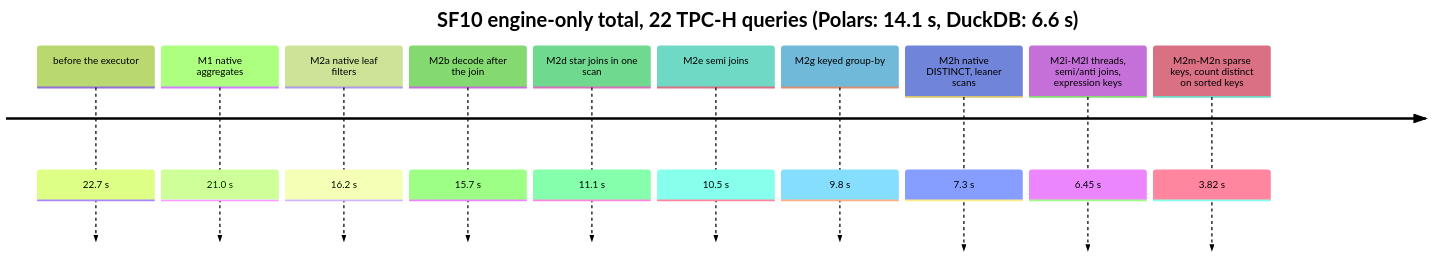
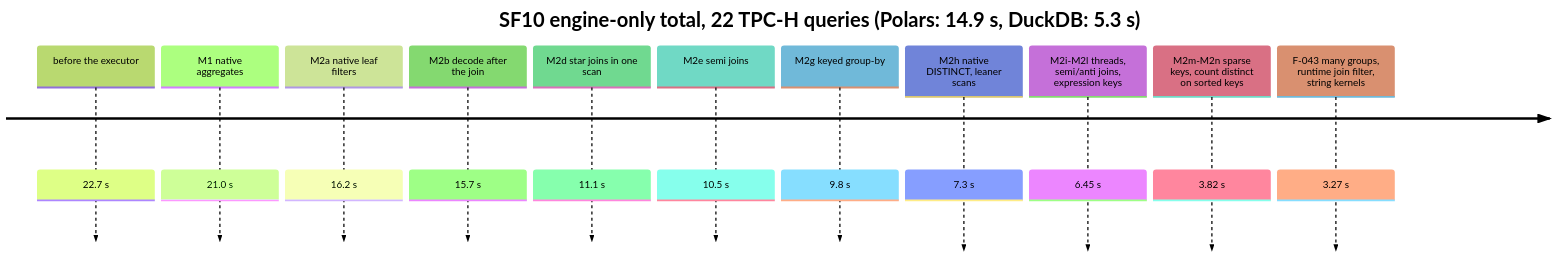
Before and after one commit to abhisheksreesaila/mxframe: the second of 5 diagrams in docs/optimizations.md, drawn with Mermaid (forest theme). The commit also changed other lines of this file and 6 other files, not shown here.

Commit message:
F-039: publish the honest scoreboard: DuckDB staged without its pyarrow import, MXFrame's lower TPC-H total credited to Q21 (DuckDB lower without it), shuffled-rows totals, random-query results for all three runs by shape; F-043 and F-044 sections; charts from m2p-engine; review PASS

````diff
--- a/docs/optimizations.md
+++ b/docs/optimizations.md
@@ -48,14 +50,15 @@
 ```mermaid
 timeline
-    title SF10 engine-only total, 22 TPC-H queries (Polars: 14.1 s, DuckDB: 6.6 s)
+    title SF10 engine-only total, 22 TPC-H queries (Polars: 14.9 s, DuckDB: 5.3 s)
     before the executor : 22.7 s
     M1 native aggregates : 21.0 s
     M2a native leaf filters : 16.2 s
     M2b decode after the join : 15.7 s
     M2d star joins in one scan : 11.1 s
     M2e semi joins : 10.5 s
     M2g keyed group-by : 9.8 s
     M2h native DISTINCT, leaner scans : 7.3 s
     M2i-M2l threads, semi/anti joins, expression keys : 6.45 s
     M2m-M2n sparse keys, count distinct on sorted keys : 3.82 s
+    F-043 many groups, runtime join filter, string kernels : 3.27 s
 ```
````
